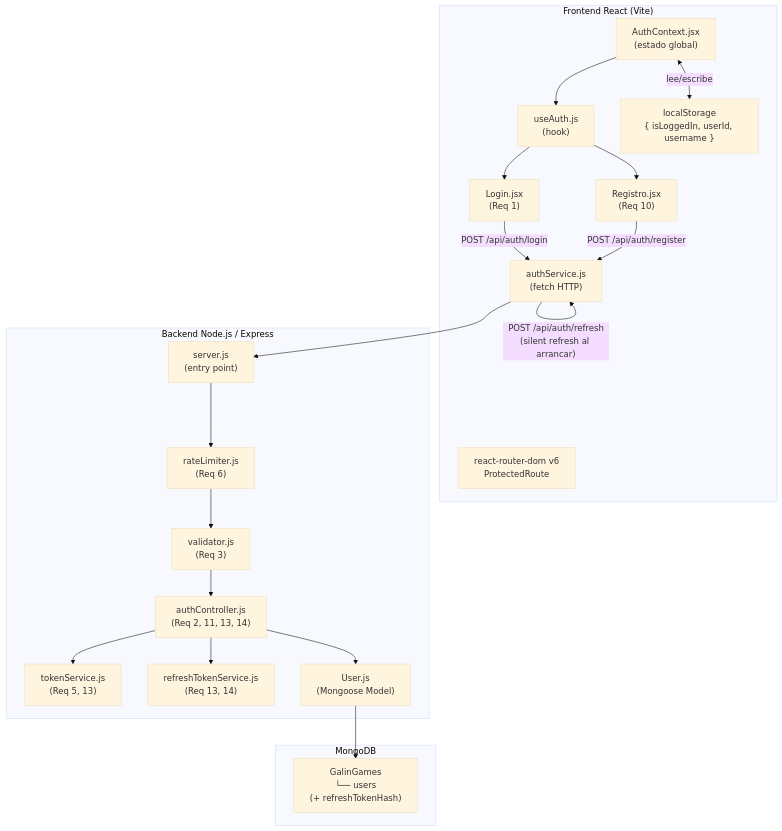
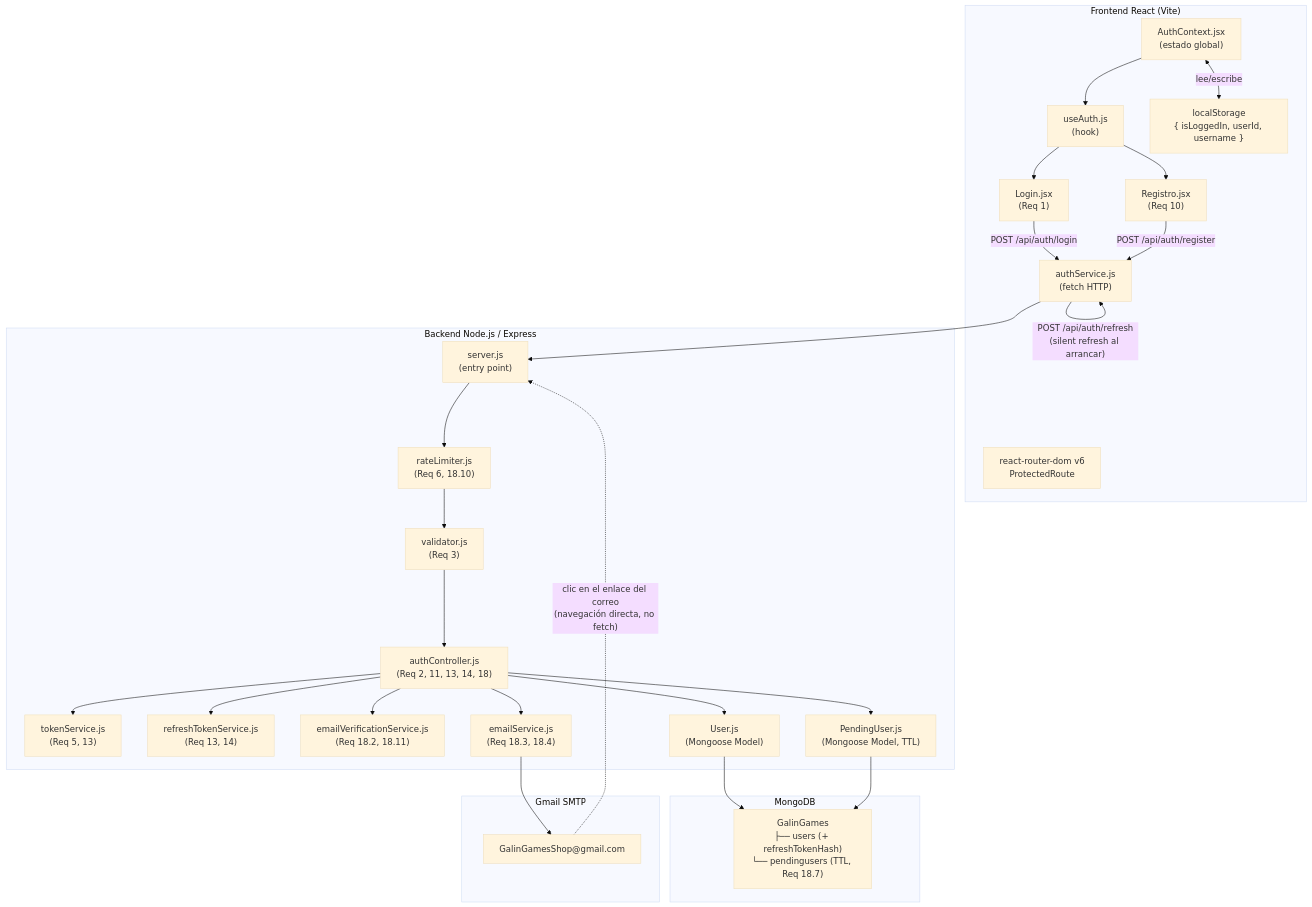
Before and after one commit to CarlosG9615/Galin-Games-Shop: the first of 8 diagrams in .specs/login-autenticacion/design.md, drawn with Mermaid (base theme). The commit also changed other lines of this file and 25 other files, not shown here.

````diff
--- a/.specs/login-autenticacion/design.md
+++ b/.specs/login-autenticacion/design.md
@@ -15,39 +17,50 @@
 ```mermaid
 graph TB
     subgraph "Frontend React (Vite)"
         Login["Login.jsx\n(Req 1)"]
         Registro["Registro.jsx\n(Req 10)"]
         AuthCtx["AuthContext.jsx\n(estado global)"]
         useAuthHook["useAuth.js\n(hook)"]
         AuthSvc["authService.js\n(fetch HTTP)"]
         Router["react-router-dom v6\nProtectedRoute"]
         LS["localStorage\n{ isLoggedIn, userId, username }"]
     end
 
     subgraph "Backend Node.js / Express"
         Server["server.js\n(entry point)"]
-        RateLimit["rateLimiter.js\n(Req 6)"]
+        RateLimit["rateLimiter.js\n(Req 6, 18.10)"]
         Validator["validator.js\n(Req 3)"]
-        AuthCtrl["authController.js\n(Req 2, 11, 13, 14)"]
+        AuthCtrl["authController.js\n(Req 2, 11, 13, 14, 18)"]
         TokenSvc["tokenService.js\n(Req 5, 13)"]
         RefreshSvc["refreshTokenService.js\n(Req 13, 14)"]
+        EmailVerSvc["emailVerificationService.js\n(Req 18.2, 18.11)"]
+        EmailSvc["emailService.js\n(Req 18.3, 18.4)"]
         UserModel["User.js\n(Mongoose Model)"]
+        PendingModel["PendingUser.js\n(Mongoose Model, TTL)"]
     end
 
     subgraph "MongoDB"
-        DB["GalinGames\n└── users\n    (+ refreshTokenHash)"]
+        DB["GalinGames\n├── users (+ refreshTokenHash)\n└── pendingusers (TTL, Req 18.7)"]
+    end
+
+    subgraph "Gmail SMTP"
+        GM["GalinGamesShop@gmail.com"]
     end
 
     Login -->|"POST /api/auth/login"| AuthSvc
     Registro -->|"POST /api/auth/register"| AuthSvc
     AuthSvc -->|"POST /api/auth/refresh\n(silent refresh al arrancar)"| AuthSvc
     AuthSvc --> Server
     Server --> RateLimit --> Validator --> AuthCtrl
     AuthCtrl --> TokenSvc
     AuthCtrl --> RefreshSvc
+    AuthCtrl --> EmailVerSvc
+    AuthCtrl --> EmailSvc --> GM
     AuthCtrl --> UserModel --> DB
+    AuthCtrl --> PendingModel --> DB
+    GM -.->|"clic en el enlace del correo\n(navegación directa, no fetch)"| Server
     AuthCtx --> useAuthHook
     AuthCtx <-->|"lee/escribe"| LS
     useAuthHook --> Login
     useAuthHook --> Registro
 ```
````
